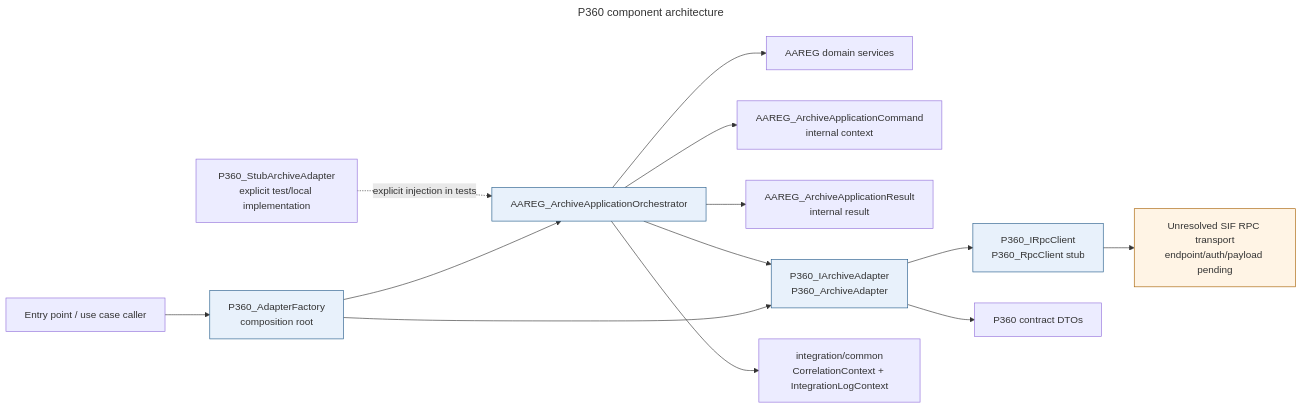
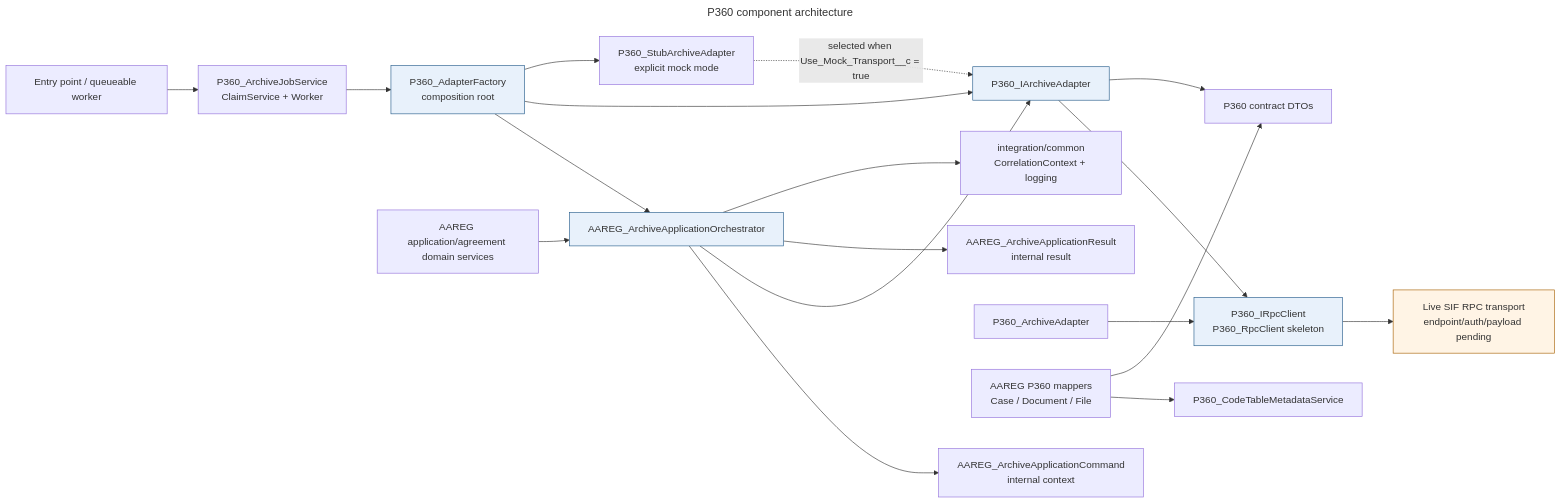
The diagram in docs/architecture/p360-component-diagram.mmd (navikt/crm-arbeidsforhold), drawn with Mermaid before and after one commit. The commit also changed 12 other files, not shown here.

Commit message:
docs(p360): update architecture diagrams and add class diagram

```diff
--- a/docs/architecture/p360-component-diagram.mmd
+++ b/docs/architecture/p360-component-diagram.mmd
@@ -1,34 +1,43 @@
 ---
 title: P360 component architecture
 ---
 flowchart LR
-    entry[Entry point / use case caller]
+    entry[Entry point / queueable worker]
     factory[P360_AdapterFactory\ncomposition root]
     orchestrator[AAREG_ArchiveApplicationOrchestrator]
-    domain[AAREG domain services]
+    domain[AAREG application/agreement domain services]
     command[AAREG_ArchiveApplicationCommand\ninternal context]
     result[AAREG_ArchiveApplicationResult\ninternal result]
-    adapter[P360_IArchiveAdapter\nP360_ArchiveAdapter]
-    stub[P360_StubArchiveAdapter\nexplicit test/local implementation]
-    client[P360_IRpcClient\nP360_RpcClient stub]
+    adapter[P360_IArchiveAdapter]
+    live[P360_ArchiveAdapter]
+    stub[P360_StubArchiveAdapter\nexplicit mock mode]
+    client[P360_IRpcClient\nP360_RpcClient skeleton]
+    mapper[AAREG P360 mappers\nCase / Document / File]
+    codetable[P360_CodeTableMetadataService]
+    job[P360_ArchiveJobService\nClaimService + Worker]
     dto[P360 contract DTOs]
-    context[integration/common\nCorrelationContext + IntegrationLogContext]
-    transport[Unresolved SIF RPC transport\nendpoint/auth/payload pending]
+    context[integration/common\nCorrelationContext + logging]
+    transport[Live SIF RPC transport\nendpoint/auth/payload pending]
 
-    entry --> factory
+    entry --> job
+    job --> factory
     factory --> orchestrator
     factory --> adapter
-    orchestrator --> domain
+    factory --> stub
+    domain --> orchestrator
     orchestrator --> command
     orchestrator --> adapter
     orchestrator --> result
     orchestrator --> context
+    mapper --> codetable
+    mapper --> dto
     adapter --> client
     adapter --> dto
+    live --> client
     client --> transport
-    stub -. explicit injection in tests .-> orchestrator
+    stub -. selected when Use_Mock_Transport__c = true .-> adapter
 
     classDef boundary fill:#e8f1fb,stroke:#245b8a,stroke-width:1px
     classDef pending fill:#fff4e5,stroke:#a65f00,stroke-width:1px
     class factory,orchestrator,adapter,client boundary
     class transport pending
```
